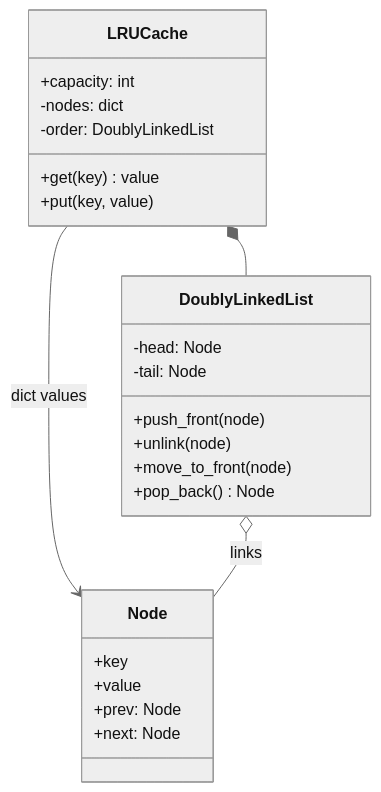
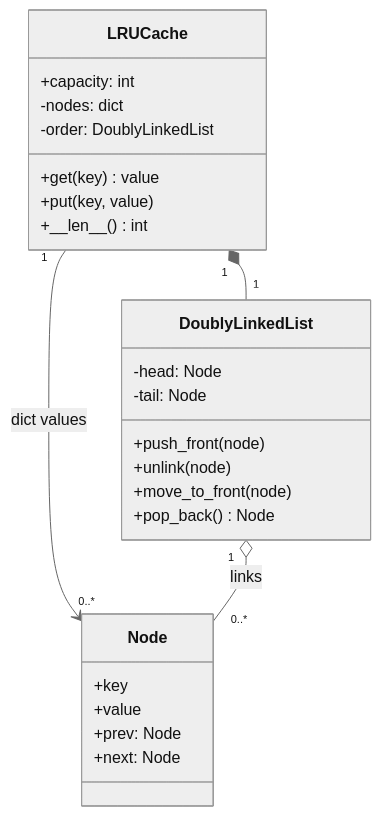
The diagram in src/content/docs/ood/lru-cache.mdx (butyavk/system-design), drawn with Mermaid (neutral theme) before and after one commit. The commit also changed 144 other files, not shown here.

````diff
--- a/src/content/docs/ood/lru-cache.mdx
+++ b/src/content/docs/ood/lru-cache.mdx
@@ -35,27 +35,28 @@
 ```mermaid
 classDiagram
   class LRUCache {
     +capacity: int
     -nodes: dict
     -order: DoublyLinkedList
     +get(key) value
     +put(key, value)
+    +\_\_len\_\_() int
   }
   class DoublyLinkedList {
     -head: Node
     -tail: Node
     +push_front(node)
     +unlink(node)
     +move_to_front(node)
     +pop_back() Node
   }
   class Node {
     +key
     +value
     +prev: Node
     +next: Node
   }
-  LRUCache *-- DoublyLinkedList
-  LRUCache --> Node : dict values
-  DoublyLinkedList o-- Node : links
+  LRUCache "1" *-- "1" DoublyLinkedList
+  LRUCache "1" --> "0..*" Node : dict values
+  DoublyLinkedList "1" o-- "0..*" Node : links
 ```
````
